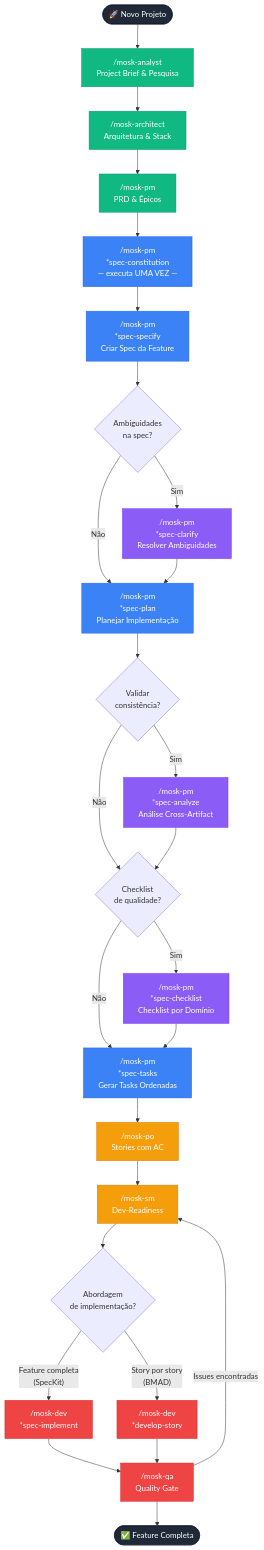
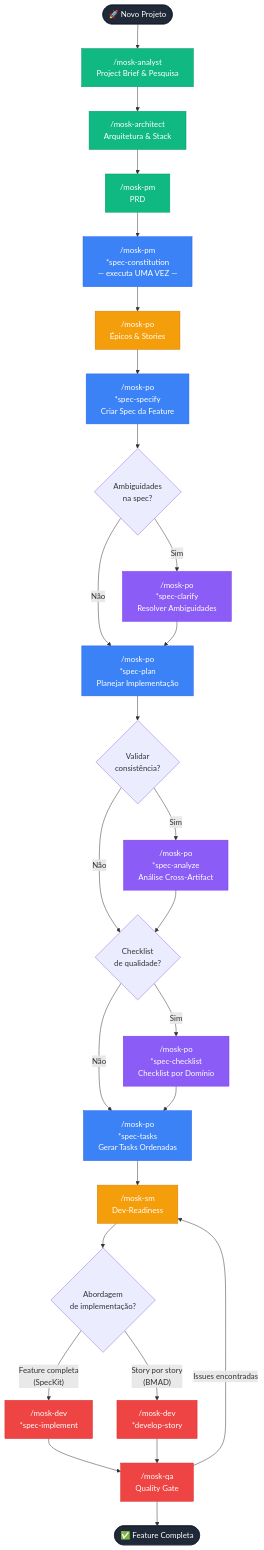
The first of 2 diagrams in README.md (rogerznts/mosk), drawn with Mermaid before and after one commit. The commit also changed other lines of this file and 3 other files, not shown here.

````diff
--- a/README.md
+++ b/README.md
@@ -104,72 +104,72 @@
 ```mermaid
 flowchart TD
     Start(["🚀 Novo Projeto"]) --> A1["/mosk-analyst
     Project Brief & Pesquisa"]
     A1 --> A2["/mosk-architect
     Arquitetura & Stack"]
     A2 --> A3["/mosk-pm
-    PRD & Épicos"]
+    PRD"]
     A3 --> C["/mosk-pm
     *spec-constitution
     — executa UMA VEZ —"]
 
-    C --> S["/mosk-pm
+    C --> PO["/mosk-po
+    Épicos & Stories"]
+    PO --> S["/mosk-po
     *spec-specify
     Criar Spec da Feature"]
     S --> CQ{"Ambiguidades
     na spec?"}
-    CQ -->|Sim| CL["/mosk-pm
+    CQ -->|Sim| CL["/mosk-po
     *spec-clarify
     Resolver Ambiguidades"]
     CQ -->|Não| P
-    CL --> P["/mosk-pm
+    CL --> P["/mosk-po
     *spec-plan
     Planejar Implementação"]
     P --> AQ{"Validar
     consistência?"}
-    AQ -->|Sim| AN["/mosk-pm
+    AQ -->|Sim| AN["/mosk-po
     *spec-analyze
     Análise Cross-Artifact"]
     AQ -->|Não| CHQ
     AN --> CHQ{"Checklist
     de qualidade?"}
-    CHQ -->|Sim| CH["/mosk-pm
+    CHQ -->|Sim| CH["/mosk-po
     *spec-checklist
     Checklist por Domínio"]
     CHQ -->|Não| T
-    CH --> T["/mosk-pm
+    CH --> T["/mosk-po
     *spec-tasks
     Gerar Tasks Ordenadas"]
 
-    T --> PO["/mosk-po
-    Stories com AC"]
-    PO --> SM["/mosk-sm
+    T --> SM["/mosk-sm
     Dev-Readiness"]
     SM --> DQ{"Abordagem
     de implementação?"}
     DQ -->|"Feature completa
     (SpecKit)"| DI["/mosk-dev
     *spec-implement"]
     DQ -->|"Story por story
     (BMAD)"| DS["/mosk-dev
     *develop-story"]
     DI --> QA["/mosk-qa
     Quality Gate"]
     DS --> QA
     QA --> Done(["✅ Feature Completa"])
     QA -->|Issues encontradas| SM
 
     classDef discovery fill:#10b981,stroke:#059669,color:#fff
     classDef speckit fill:#3b82f6,stroke:#2563eb,color:#fff
     classDef optional fill:#8b5cf6,stroke:#7c3aed,color:#fff
     classDef stories fill:#f59e0b,stroke:#d97706,color:#fff
     classDef impl fill:#ef4444,stroke:#dc2626,color:#fff
     classDef endpoint fill:#1f2937,stroke:#111827,color:#fff
 
     class A1,A2,A3 discovery
     class C,S,P,T speckit
     class CL,AN,CH optional
     class PO,SM stories
     class DI,DS,QA impl
     class Start,Done endpoint
 ```
````
